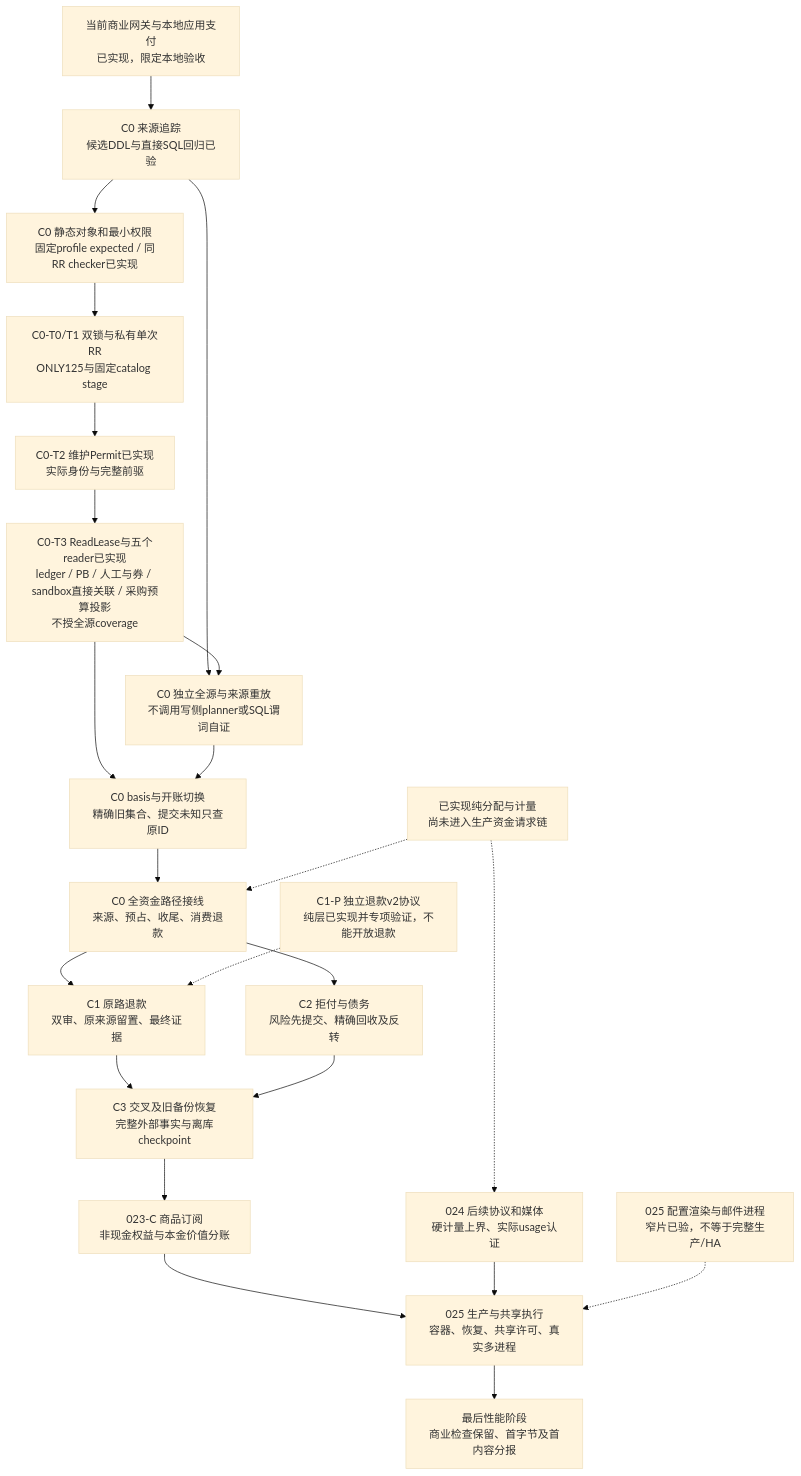
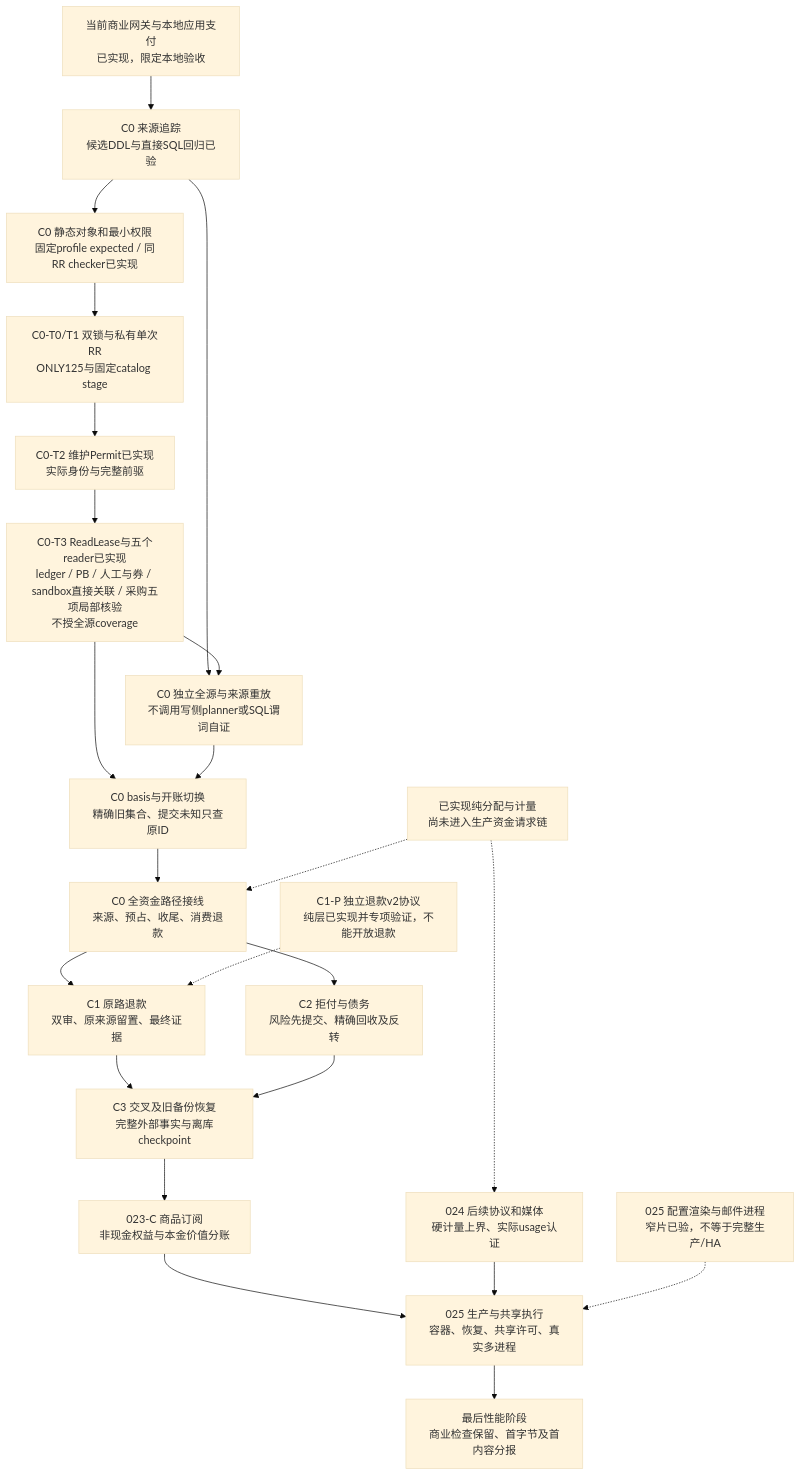
Before and after one commit to workhold/moni-aigate: diagram 16 of 16 in docs/architecture/README.md, drawn with Mermaid (base theme). The commit also changed other lines of this file and 24 other files, not shown here.

````diff
--- a/docs/architecture/README.md
+++ b/docs/architecture/README.md
@@ -865,37 +873,37 @@
 ```mermaid
 flowchart TB
     Base[当前商业网关与本地应用支付\n已实现，限定本地验收]
     Source[C0 来源追踪\n候选DDL与直接SQL回归已验]
     Catalog[C0 静态对象和最小权限\n固定profile expected / 同RR checker已实现]
     Gate[C0-T0/T1 双锁与私有单次RR\nONLY125与固定catalog stage]
     Permit[C0-T2 维护Permit已实现\n实际身份与完整前驱]
-    Lease[C0-T3 ReadLease与五个reader已实现\nledger / PB / 人工与券 / sandbox直接关联 / 采购预算投影\n不授全源coverage]
+    Lease[C0-T3 ReadLease与五个reader已实现\nledger / PB / 人工与券 / sandbox直接关联 / 采购五项局部核验\n不授全源coverage]
     Replay[C0 独立全源与来源重放\n不调用写侧planner或SQL谓词自证]
     Init[C0 basis与开账切换\n精确旧集合、提交未知只查原ID]
     Online[C0 全资金路径接线\n来源、预占、收尾、消费退款]
     Refund[C1 原路退款\n双审、原来源留置、最终证据]
     Dispute[C2 拒付与债务\n风险先提交、精确回收及反转]
     Recovery[C3 交叉及旧备份恢复\n完整外部事实与离库checkpoint]
     Products[023-C 商品订阅\n非现金权益与本金价值分账]
     Media[024 后续协议和媒体\n硬计量上界、实际usage认证]
     HA[025 生产与共享执行\n容器、恢复、共享许可、真实多进程]
     Perf[最后性能阶段\n商业检查保留、首字节及首内容分报]
     Pure[已实现纯分配与计量\n尚未进入生产资金请求链]
     Wire[C1-P 独立退款v2协议\n纯层已实现并专项验证，不能开放退款]
     Mail[025 配置渲染与邮件进程\n窄片已验，不等于完整生产/HA]
     Base --> Source
     Source --> Catalog --> Gate --> Permit --> Lease
     Source --> Replay
     Lease --> Replay
     Lease --> Init
     Replay --> Init --> Online
     Online --> Refund --> Recovery
     Online --> Dispute --> Recovery
     Recovery --> Products
     Products --> HA
     Media --> HA --> Perf
     Pure -.-> Online
     Pure -.-> Media
     Wire -.-> Refund
     Mail -.-> HA
 ```
````
